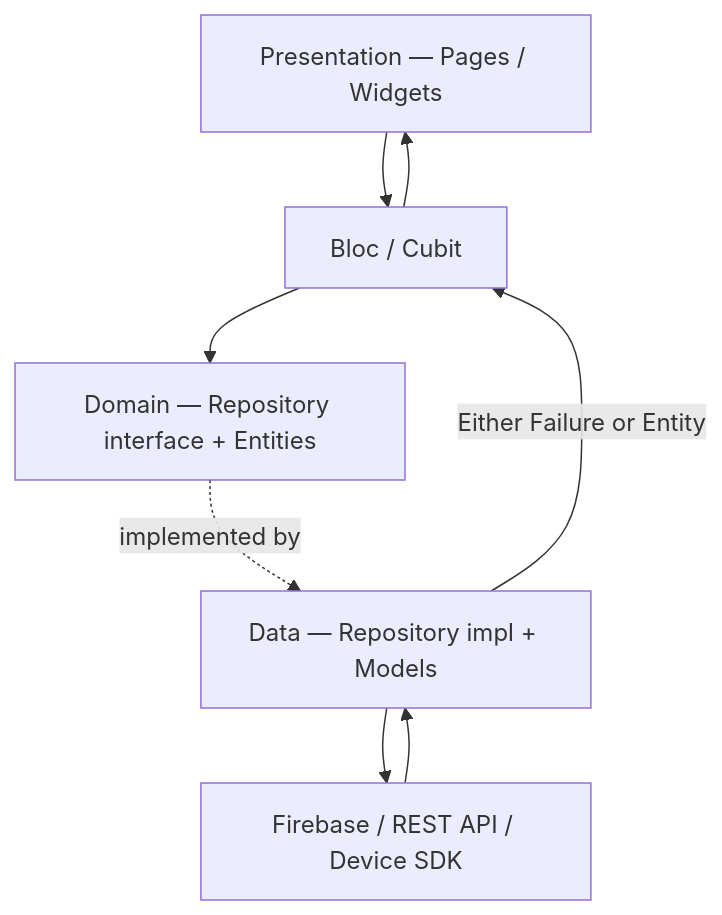
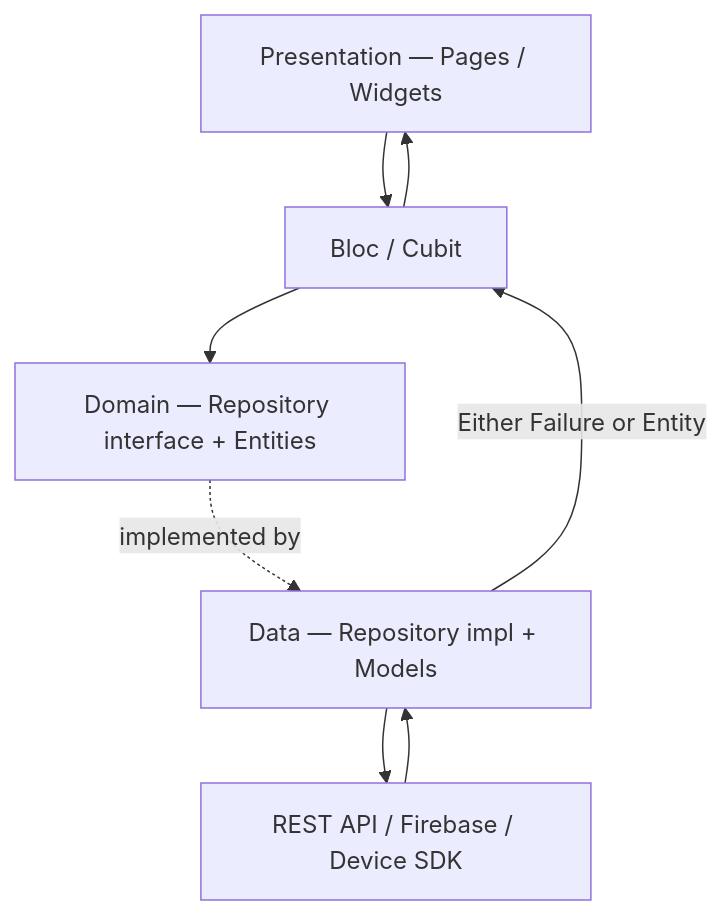
The first of 2 diagrams in README.md (areascript22/project-taxi-driver), drawn with Mermaid before and after one commit. The commit also changed other lines of this file, not shown here.

Commit message:
Rewrite README with current features, architecture and CI/CD

````diff
--- a/README.md
+++ b/README.md
@@ -75,16 +82,16 @@
 ```mermaid
 flowchart TD
     UI["Presentation — Pages / Widgets"]
     BLOC["Bloc / Cubit"]
     DOMAIN["Domain — Repository interface + Entities"]
     DATA["Data — Repository impl + Models"]
-    SRC["Firebase / REST API / Device SDK"]
+    SRC["REST API / Firebase / Device SDK"]
 
     UI --> BLOC
     BLOC --> DOMAIN
     DOMAIN -.implemented by.-> DATA
     DATA --> SRC
     SRC --> DATA
     DATA -- "Either Failure or Entity" --> BLOC
     BLOC --> UI
 ```
````
